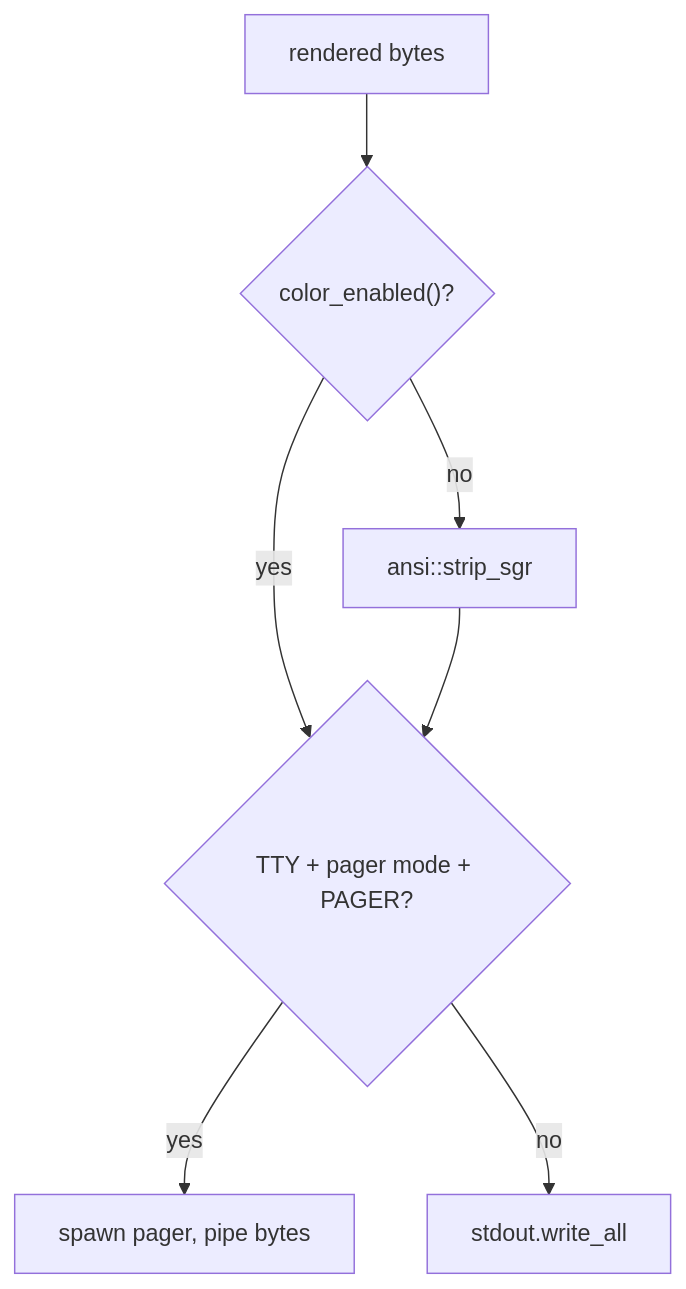
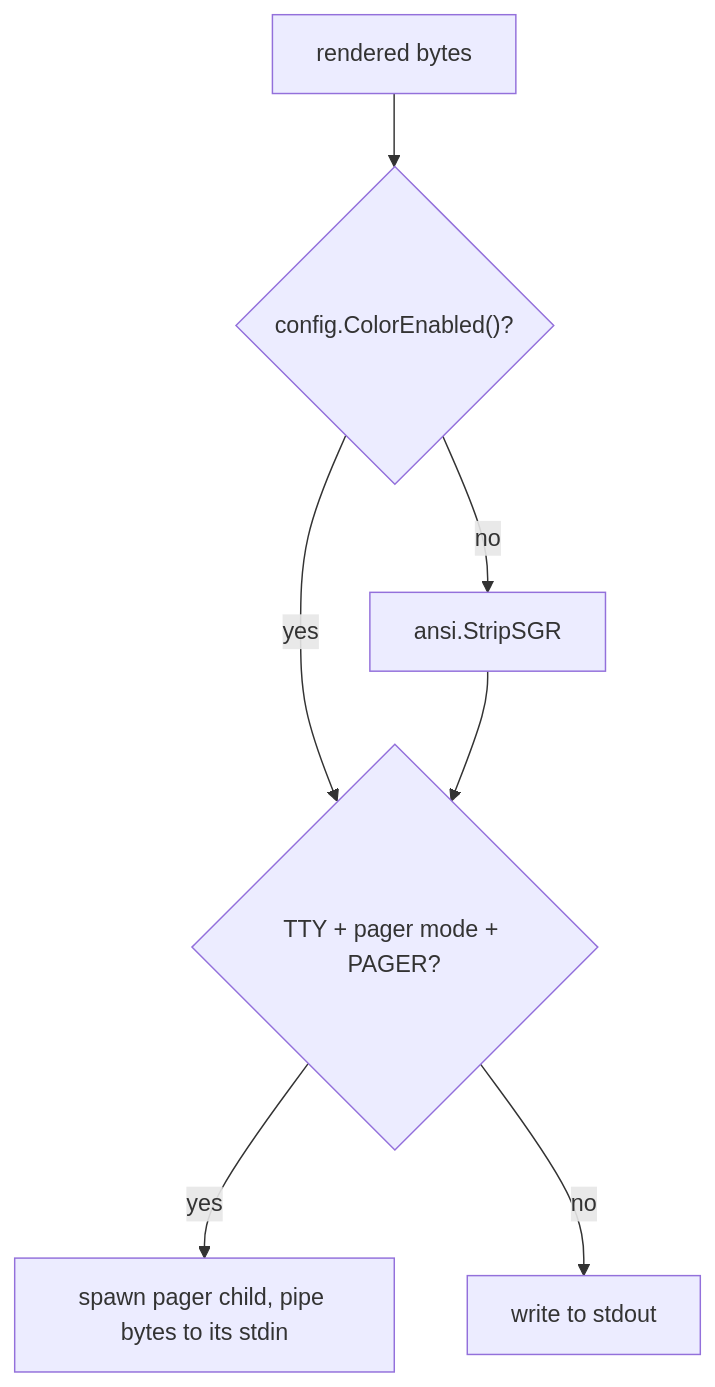
The seventh of 7 diagrams in ARCHITECTURE.md (jjt/bijjou), drawn with Mermaid before and after one commit. The commit also changed other lines of this file and 1 other file, not shown here.

````diff
--- a/ARCHITECTURE.md
+++ b/ARCHITECTURE.md
@@ -391,9 +403,9 @@
 ```mermaid
 flowchart TD
-    buf["rendered bytes"] --> col{"color_enabled()?"}
-    col -->|"no"| strip["ansi::strip_sgr"]
+    buf["rendered bytes"] --> col{"config.ColorEnabled()?"}
+    col -->|"no"| strip["ansi.StripSGR"]
     col -->|"yes"| dest
     strip --> dest{"TTY + pager mode + PAGER?"}
-    dest -->|"yes"| pager["spawn pager, pipe bytes"]
-    dest -->|"no"| out["stdout.write_all"]
+    dest -->|"yes"| pager["spawn pager child, pipe bytes to its stdin"]
+    dest -->|"no"| out["write to stdout"]
 ```
````
